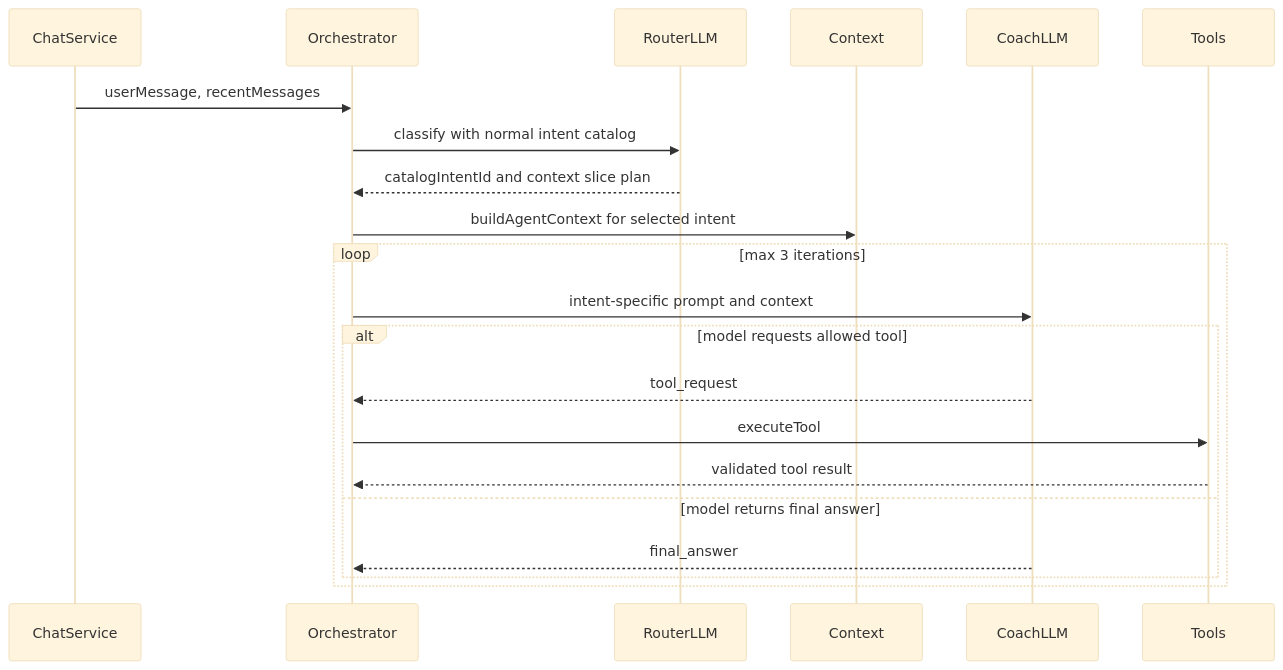
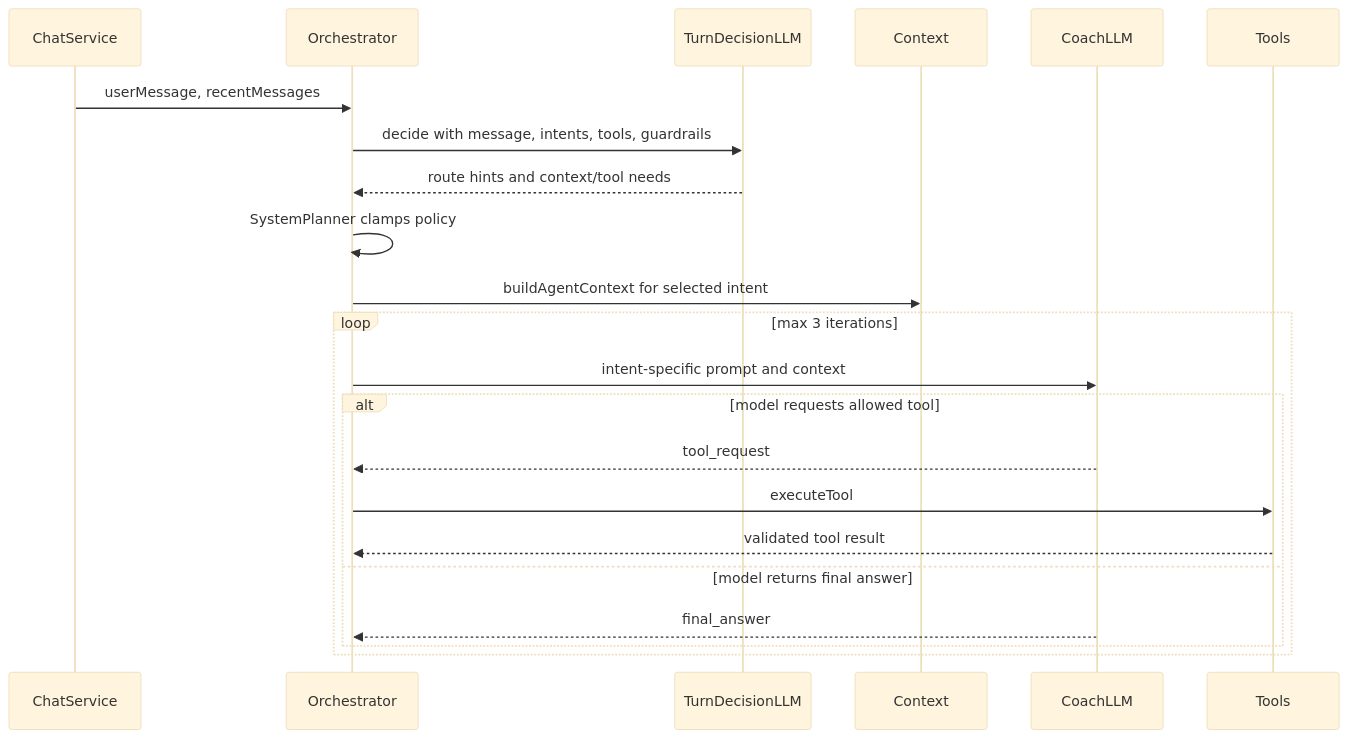
One commit to IldarRash/HealthTracer changed the second of 3 diagrams in docs/architecture/ai-update-flow.md. Above: the diagram before and after it, drawn with Mermaid (base theme). The commit also changed other lines of this file and 122 other files, not shown here.

````diff
--- a/docs/architecture/ai-update-flow.md
+++ b/docs/architecture/ai-update-flow.md
@@ -100,24 +100,25 @@
 ```mermaid
 sequenceDiagram
   participant ChatService
   participant Orchestrator
-  participant RouterLLM
+  participant TurnDecisionLLM
   participant Context
   participant CoachLLM
   participant Tools
 
   ChatService->>Orchestrator: userMessage, recentMessages
-  Orchestrator->>RouterLLM: classify with normal intent catalog
-  RouterLLM-->>Orchestrator: catalogIntentId and context slice plan
+  Orchestrator->>TurnDecisionLLM: decide with message, intents, tools, guardrails
+  TurnDecisionLLM-->>Orchestrator: route hints and context/tool needs
+  Orchestrator->>Orchestrator: SystemPlanner clamps policy
   Orchestrator->>Context: buildAgentContext for selected intent
   loop max 3 iterations
     Orchestrator->>CoachLLM: intent-specific prompt and context
     alt model requests allowed tool
       CoachLLM-->>Orchestrator: tool_request
       Orchestrator->>Tools: executeTool
       Tools-->>Orchestrator: validated tool result
     else model returns final answer
       CoachLLM-->>Orchestrator: final_answer
     end
   end
 ```
````
